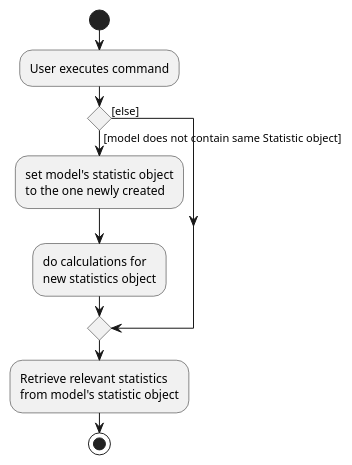
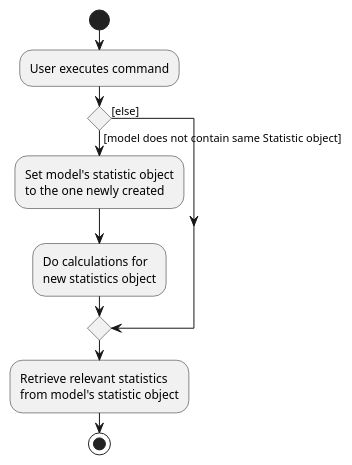
Before and after one commit to nus-cs2103-AY1920S1/addressbook-level3: the diagram in docs/diagrams/GetStatisticsActivityDiagram.puml, drawn with PlantUML.

Commit message:
Minor edits to grammar in activity diagram

```diff
--- a/docs/diagrams/GetStatisticsActivityDiagram.puml
+++ b/docs/diagrams/GetStatisticsActivityDiagram.puml
@@ -1,19 +1,19 @@
 @startuml
 start
 :User executes command;
 
 'Since the beta syntax does not support placing the condition outside the
 'diamond we place it as the true branch instead.
 
 if () then ([model does not contain same Statistic object])
-    :set model's statistic object
+    :Set model's statistic object
     to the one newly created;
-    :do calculations for
+    :Do calculations for
     new statistics object;
 else ([else])
 endif
 
 :Retrieve relevant statistics
 from model's statistic object;
 stop
 @enduml
```
